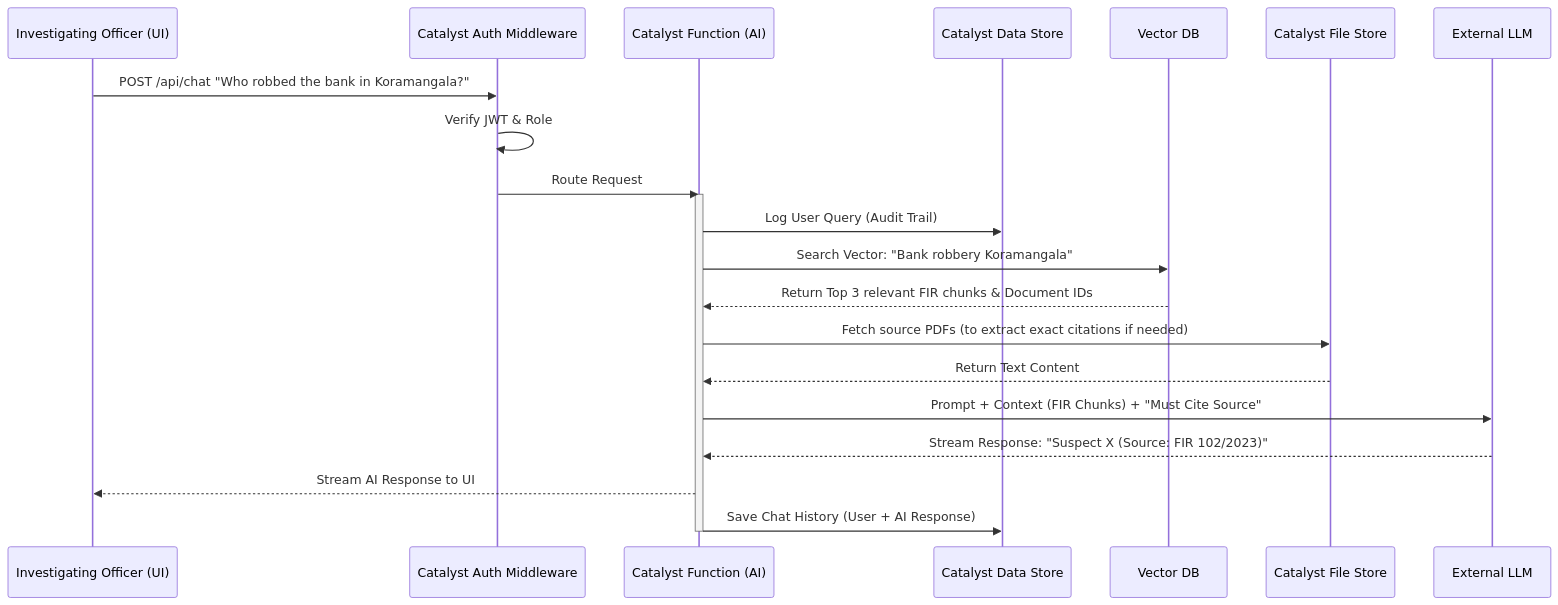
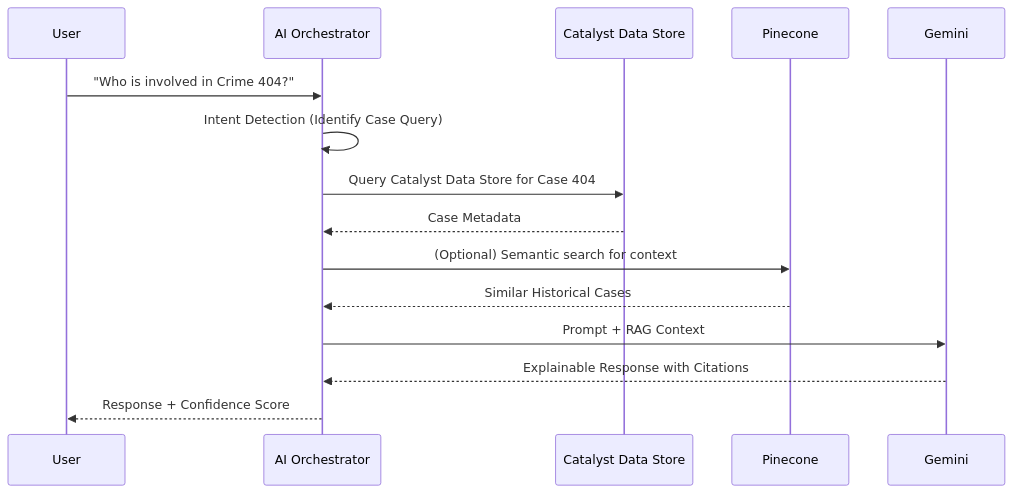
One commit to ayushrai1235/Crimegpt changed the second of 3 diagrams in docs/02-SystemDesign/DataFlow.md. Above: the diagram before and after it, drawn with Mermaid. The commit also changed other lines of this file and 55 other files, not shown here.

````diff
--- a/docs/02-SystemDesign/DataFlow.md
+++ b/docs/02-SystemDesign/DataFlow.md
@@ -45,34 +38,18 @@
 ```mermaid
 sequenceDiagram
-    participant IO as Investigating Officer (UI)
-    participant CF_Auth as Catalyst Auth Middleware
-    participant CF_AI as Catalyst Function (AI)
-    participant DS as Catalyst Data Store
-    participant VDB as Vector DB
-    participant FS as Catalyst File Store
-    participant LLM as External LLM
-
-    IO->>CF_Auth: POST /api/chat "Who robbed the bank in Koramangala?"
-    CF_Auth->>CF_Auth: Verify JWT & Role
-    CF_Auth->>CF_AI: Route Request
-    activate CF_AI
+    participant User
+    participant AI as AI Orchestrator
+    participant DB as Catalyst Data Store
+    participant Pinecone
+    participant Gemini
     
-    CF_AI->>DS: Log User Query (Audit Trail)
-    
-    %% Semantic Retrieval
-    CF_AI->>VDB: Search Vector: "Bank robbery Koramangala"
-    VDB-->>CF_AI: Return Top 3 relevant FIR chunks & Document IDs
-    
-    %% Context Fetching
-    CF_AI->>FS: Fetch source PDFs (to extract exact citations if needed)
-    FS-->>CF_AI: Return Text Content
-    
-    %% AI Generation
-    CF_AI->>LLM: Prompt + Context (FIR Chunks) + "Must Cite Source"
-    LLM-->>CF_AI: Stream Response: "Suspect X (Source: FIR 102/2023)"
-    
-    %% Response & Logging
-    CF_AI-->>IO: Stream AI Response to UI
-    CF_AI->>DS: Save Chat History (User + AI Response)
-    deactivate CF_AI
+    User->>AI: "Who is involved in Crime 404?"
+    AI->>AI: Intent Detection (Identify Case Query)
+    AI->>DB: Query Catalyst Data Store for Case 404
+    DB-->>AI: Case Metadata
+    AI->>Pinecone: (Optional) Semantic search for context
+    Pinecone-->>AI: Similar Historical Cases
+    AI->>Gemini: Prompt + RAG Context
+    Gemini-->>AI: Explainable Response with Citations
+    AI-->>User: Response + Confidence Score
 ```
````
